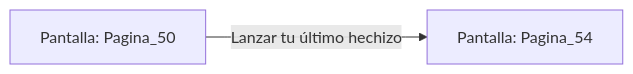
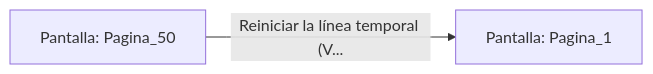
One commit to metsuke/mpl changed the diagram in sample/eligejuego-vault/Pantalla_Pagina_50.md. Above: the diagram before and after it, drawn with Mermaid. The commit also changed other lines of this file and 635 other files, not shown here.

First line of the commit message:
fix: añadir Pagina_1 como pantalla inicial en capitulo_01.mpl

````diff
--- a/sample/eligejuego-vault/Pantalla_Pagina_50.md
+++ b/sample/eligejuego-vault/Pantalla_Pagina_50.md
@@ -14,5 +17,5 @@
 ```mermaid
 graph LR
     P_Pagina_50["Pantalla: Pagina_50"]
-    P_Pagina_50 -->|"Lanzar tu último hechizo"| P_Pagina_54["Pantalla: Pagina_54"]
+    P_Pagina_50 -->|"Reiniciar la línea temporal (V..."| P_Pagina_1["Pantalla: Pagina_1"]
 ```
````
